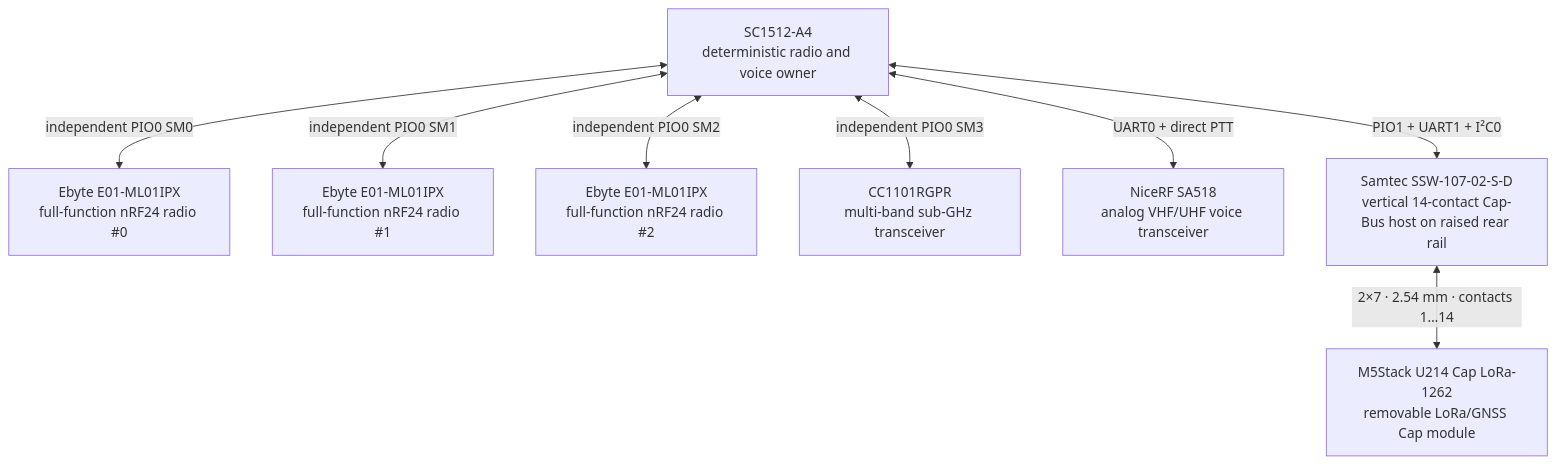
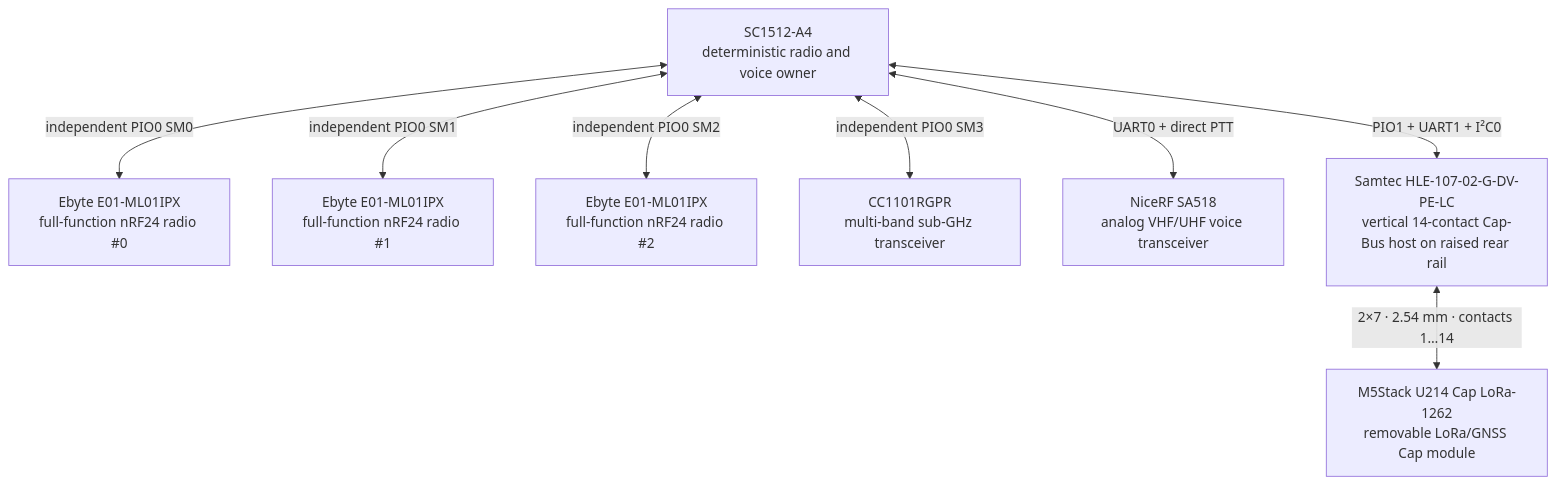
The fourth of 10 diagrams in README.md (anton-vinogradov/esp32-leshy2), drawn with Mermaid before and after one commit. The commit also changed other lines of this file and 26 other files, not shown here.

````diff
--- a/README.md
+++ b/README.md
@@ -218,18 +218,18 @@
 ```mermaid
 flowchart TD
 RP["SC1512-A4<br/>deterministic radio and voice owner"]
 NRF0["Ebyte E01-ML01IPX<br/>full-function nRF24 radio #0"]
 NRF1["Ebyte E01-ML01IPX<br/>full-function nRF24 radio #1"]
 NRF2["Ebyte E01-ML01IPX<br/>full-function nRF24 radio #2"]
 CC["CC1101RGPR<br/>multi-band sub-GHz transceiver"]
 VOICE["NiceRF SA518<br/>analog VHF/UHF voice transceiver"]
-U214_CONNECTOR["Samtec SSW-107-02-S-D<br/>vertical 14-contact Cap-Bus host on raised rear rail"]
+U214_CONNECTOR["Samtec HLE-107-02-G-DV-PE-LC<br/>vertical 14-contact Cap-Bus host on raised rear rail"]
 U214["M5Stack U214 Cap LoRa-1262<br/>removable LoRa/GNSS Cap module"]
   RP <-->|"independent PIO0 SM0"| NRF0
   RP <-->|"independent PIO0 SM1"| NRF1
   RP <-->|"independent PIO0 SM2"| NRF2
   RP <-->|"independent PIO0 SM3"| CC
   RP <-->|"UART0 + direct PTT"| VOICE
   RP <-->|"PIO1 + UART1 + I²C0"| U214_CONNECTOR
   U214_CONNECTOR <-->|"2×7 · 2.54 mm · contacts 1…14"| U214
 ```
````
